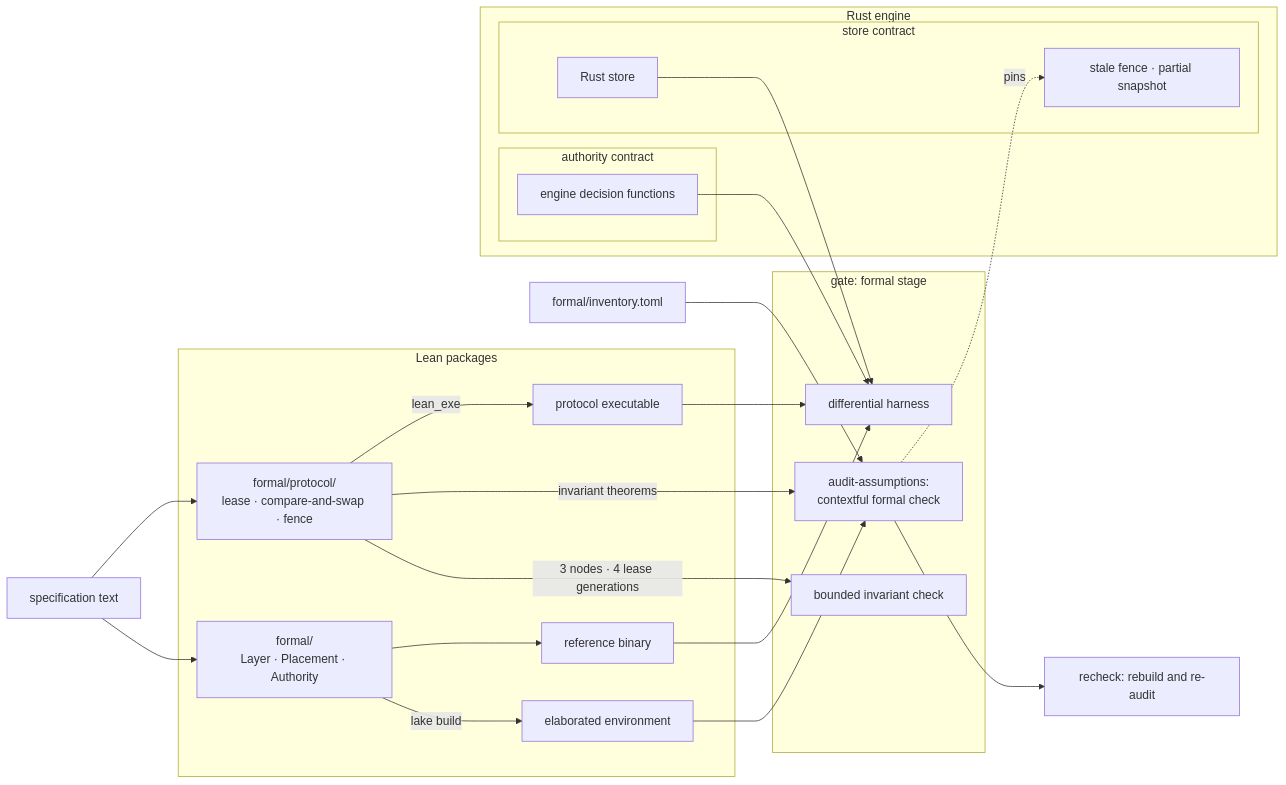
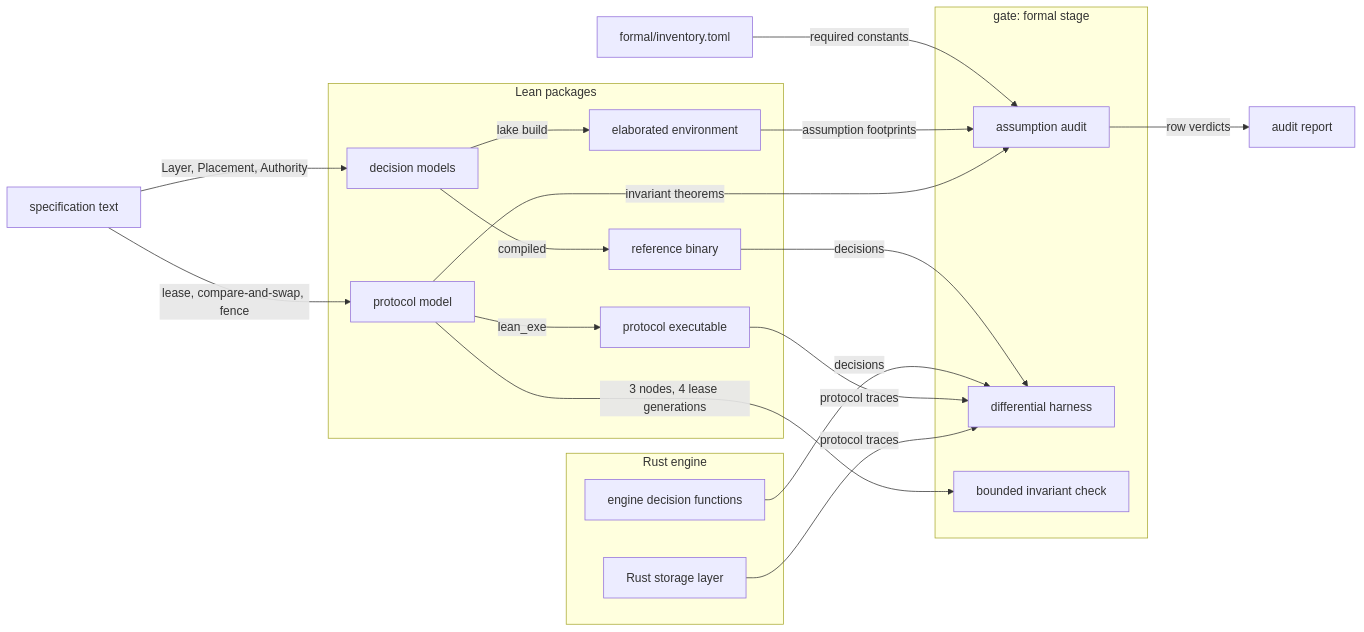
The first of 3 diagrams in spec/80-formal.md (fractalboxdev/contextful), drawn with Mermaid before and after one commit. The commit also changed other lines of this file and 44 other files, not shown here.

First line of the commit message:
spec: diagrams draw entities and flows, and the checker enforces it (#12)

````diff
--- a/spec/80-formal.md
+++ b/spec/80-formal.md
@@ -22,41 +22,36 @@
 ```mermaid
 flowchart LR
   SPEC["specification text"]
   INV["formal/inventory.toml"]
   subgraph lean["Lean packages"]
-    LEAN["formal/<br/>Layer · Placement · Authority"]
-    PROT["formal/protocol/<br/>lease · compare-and-swap · fence"]
+    LEAN["decision models"]
+    PROT["protocol model"]
     ENV["elaborated environment"]
     REF["reference binary"]
     PEXE["protocol executable"]
   end
   subgraph engine["Rust engine"]
-    subgraph authority["authority contract"]
-      ENG["engine decision functions"]
-    end
-    subgraph store["store contract"]
-      RUST["Rust store"]
-      PIN["stale fence · partial snapshot"]
-    end
+    ENG["engine decision functions"]
+    RUST["Rust storage layer"]
   end
   subgraph gate["gate: formal stage"]
-    AUD["audit-assumptions:<br/>contextful formal check"]
+    AUD["assumption audit"]
     DIFF["differential harness"]
     MC["bounded invariant check"]
   end
-  SPEC --> LEAN
-  SPEC --> PROT
-  LEAN -- "lake build" --> ENV
-  INV --> AUD
-  ENV --> AUD
-  AUD --> REC["recheck: rebuild and re-audit"]
-  LEAN --> REF
-  REF --> DIFF
-  ENG --> DIFF
-  PROT -- "3 nodes · 4 lease generations" --> MC
-  PROT -- "invariant theorems" --> AUD
-  PROT -- "lean_exe" --> PEXE
-  PEXE --> DIFF
-  RUST --> DIFF
-  AUD -. "pins" .-> PIN
+  REPORT["audit report"]
+  SPEC -->|"Layer, Placement, Authority"| LEAN
+  SPEC -->|"lease, compare-and-swap, fence"| PROT
+  LEAN -->|"lake build"| ENV
+  INV -->|"required constants"| AUD
+  ENV -->|"assumption footprints"| AUD
+  AUD -->|"row verdicts"| REPORT
+  LEAN -->|"compiled"| REF
+  REF -->|"decisions"| DIFF
+  ENG -->|"decisions"| DIFF
+  PROT -->|"3 nodes, 4 lease generations"| MC
+  PROT -->|"invariant theorems"| AUD
+  PROT -->|"lean_exe"| PEXE
+  PEXE -->|"protocol traces"| DIFF
+  RUST -->|"protocol traces"| DIFF
 ```
````
